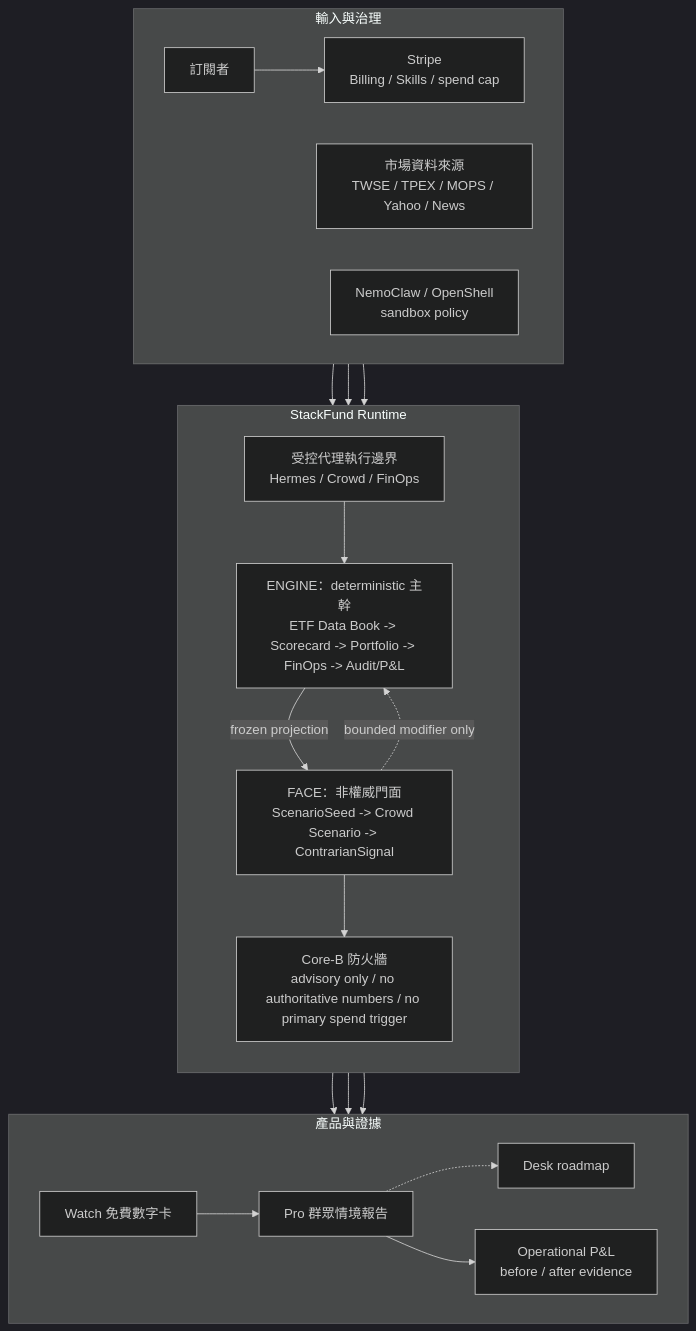
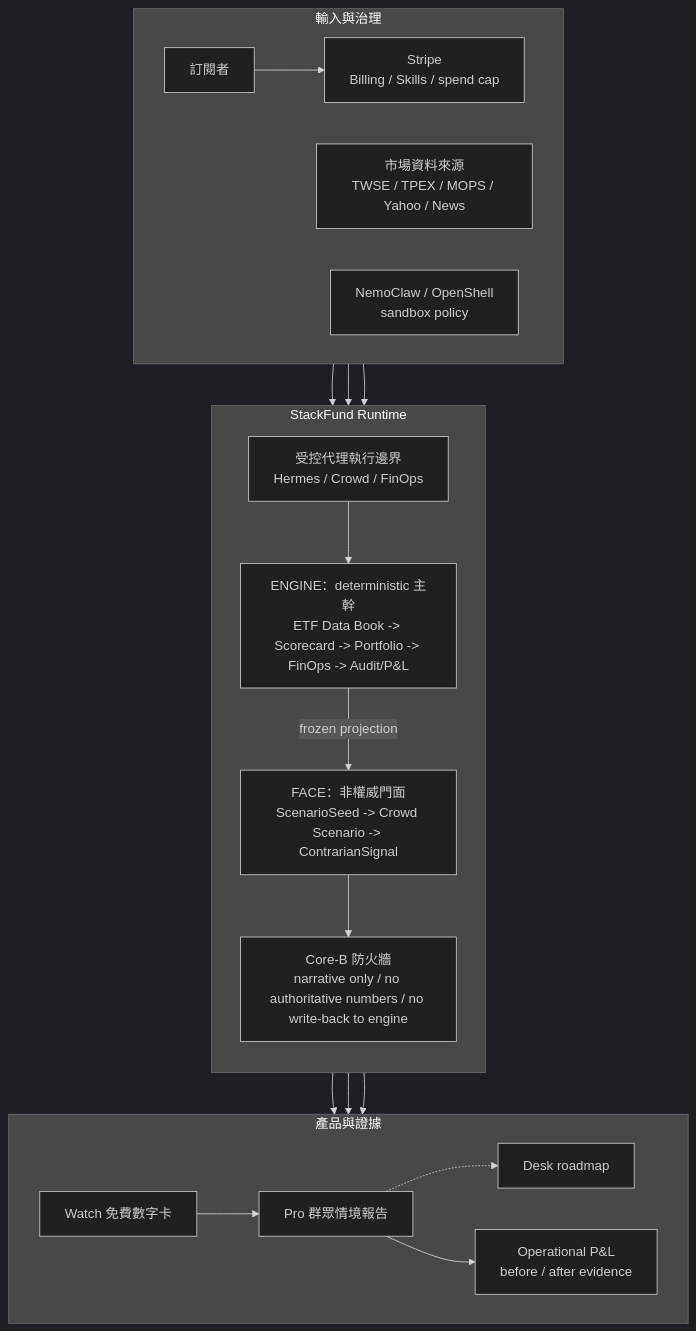
The first of 10 diagrams in doc/StackFund_架構分析_Mermaid.md (Silavater/stack_fund_agent), drawn with Mermaid (dark theme) before and after one commit. The commit also changed other lines of this file and 1 other file, not shown here.

First line of the commit message:
Adopt FACE narrative-only sidecar (v3.1): crowd layer no longer writes back to L4

````diff
--- a/doc/StackFund_架構分析_Mermaid.md
+++ b/doc/StackFund_架構分析_Mermaid.md
@@ -43,41 +43,40 @@
 ```mermaid
 flowchart TB
     subgraph Inputs["輸入與治理"]
         direction LR
         Subscriber["訂閱者"]
         MarketSources["市場資料來源<br/>TWSE / TPEX / MOPS / Yahoo / News"]
         StripeLayer["Stripe<br/>Billing / Skills / spend cap"]
         Sandbox["NemoClaw / OpenShell<br/>sandbox policy"]
     end
 
     subgraph Runtime["StackFund Runtime"]
         direction TB
         Boundary["受控代理執行邊界<br/>Hermes / Crowd / FinOps"]
         Engine["ENGINE：deterministic 主幹<br/>ETF Data Book -> Scorecard -> Portfolio -> FinOps -> Audit/P&L"]
         Face["FACE：非權威門面<br/>ScenarioSeed -> Crowd Scenario -> ContrarianSignal"]
-        Firewall["Core-B 防火牆<br/>advisory only / no authoritative numbers / no primary spend trigger"]
+        Firewall["Core-B 防火牆<br/>narrative only / no authoritative numbers / no write-back to engine"]
 
         Boundary --> Engine
         Engine -->|"frozen projection"| Face
-        Face -.->|"bounded modifier only"| Engine
         Face --> Firewall
     end
 
     subgraph Outputs["產品與證據"]
         direction LR
         Watch["Watch 免費數字卡"]
         Pro["Pro 群眾情境報告"]
         Desk["Desk roadmap"]
         PNL["Operational P&L<br/>before / after evidence"]
         Watch --> Pro -.-> Desk
         Pro --> PNL
     end
 
     Subscriber --> StripeLayer
     MarketSources --> Boundary
     StripeLayer --> Boundary
     Sandbox --> Boundary
     Engine --> Watch
     Engine --> Pro
     Engine --> PNL
 ```
````
